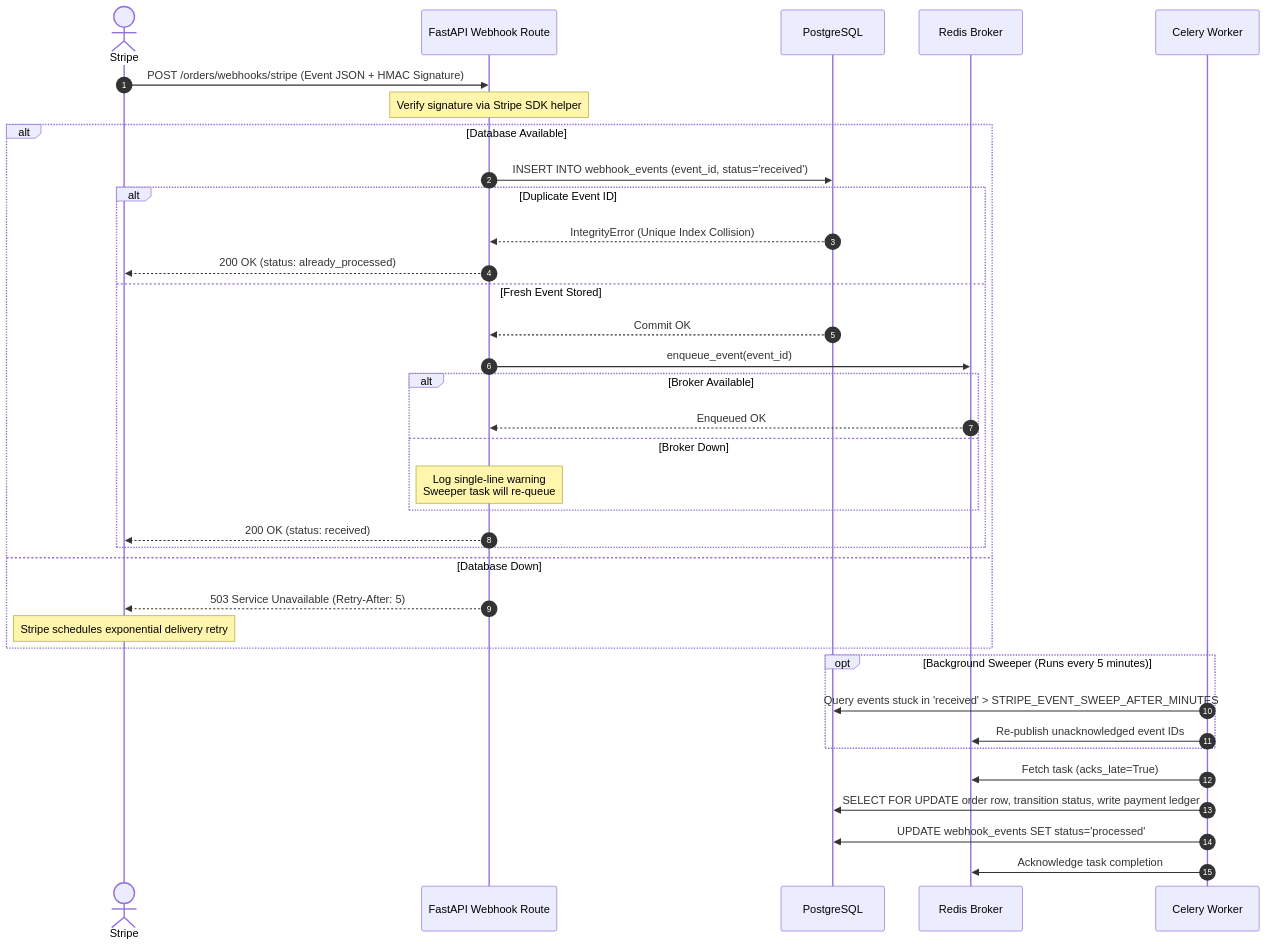
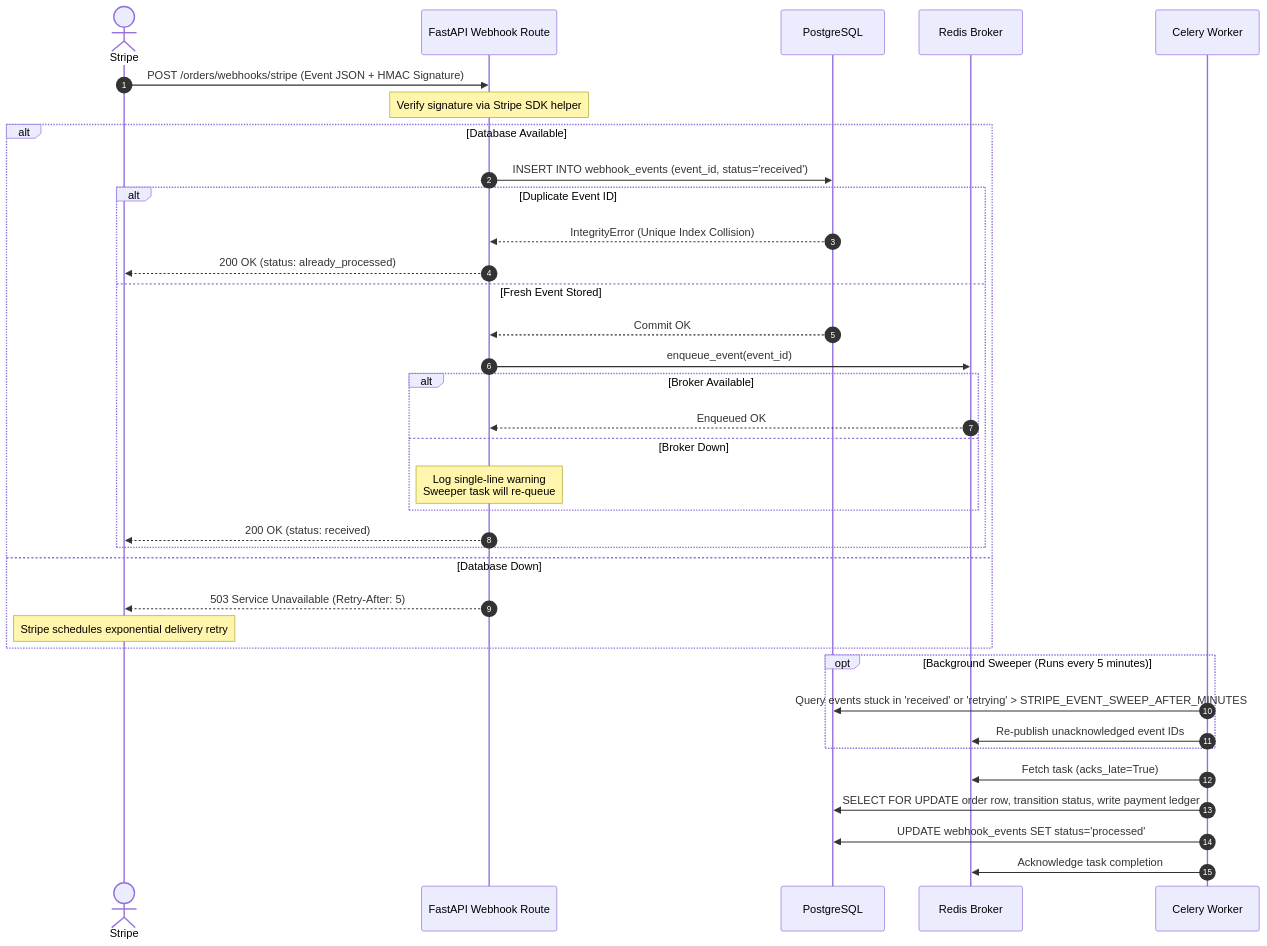
One commit to nadeko0/fastapi_e-commerce_backend changed the diagram in docs/RESILIENCE.md. Above: the diagram before and after it, drawn with Mermaid. The commit also changed 6 other files, not shown here.

First line of the commit message:
docs: verify diagrams and prose against the 6.0.0 code

````diff
--- a/docs/RESILIENCE.md
+++ b/docs/RESILIENCE.md
@@ -23,41 +23,41 @@
 ```mermaid
 sequenceDiagram
     autonumber
     actor Stripe
     participant API as FastAPI Webhook Route
     participant DB as PostgreSQL
     participant Redis as Redis Broker
     participant Worker as Celery Worker
 
     Stripe->>API: POST /orders/webhooks/stripe (Event JSON + HMAC Signature)
     Note over API: Verify signature via Stripe SDK helper
     alt Database Available
         API->>DB: INSERT INTO webhook_events (event_id, status='received')
         alt Duplicate Event ID
             DB-->>API: IntegrityError (Unique Index Collision)
             API-->>Stripe: 200 OK (status: already_processed)
         else Fresh Event Stored
             DB-->>API: Commit OK
             API->>Redis: enqueue_event(event_id)
             alt Broker Available
                 Redis-->>API: Enqueued OK
             else Broker Down
                 Note over API: Log single-line warning<br/>Sweeper task will re-queue
             end
             API-->>Stripe: 200 OK (status: received)
         end
     else Database Down
         API-->>Stripe: 503 Service Unavailable (Retry-After: 5)
         Note over Stripe: Stripe schedules exponential delivery retry
     end
 
     opt Background Sweeper (Runs every 5 minutes)
-        Worker->>DB: Query events stuck in 'received' > STRIPE_EVENT_SWEEP_AFTER_MINUTES
+        Worker->>DB: Query events stuck in 'received' or 'retrying' > STRIPE_EVENT_SWEEP_AFTER_MINUTES
         Worker->>Redis: Re-publish unacknowledged event IDs
     end
 
     Worker->>Redis: Fetch task (acks_late=True)
     Worker->>DB: SELECT FOR UPDATE order row, transition status, write payment ledger
     Worker->>DB: UPDATE webhook_events SET status='processed'
     Worker->>Redis: Acknowledge task completion
 ```
````
